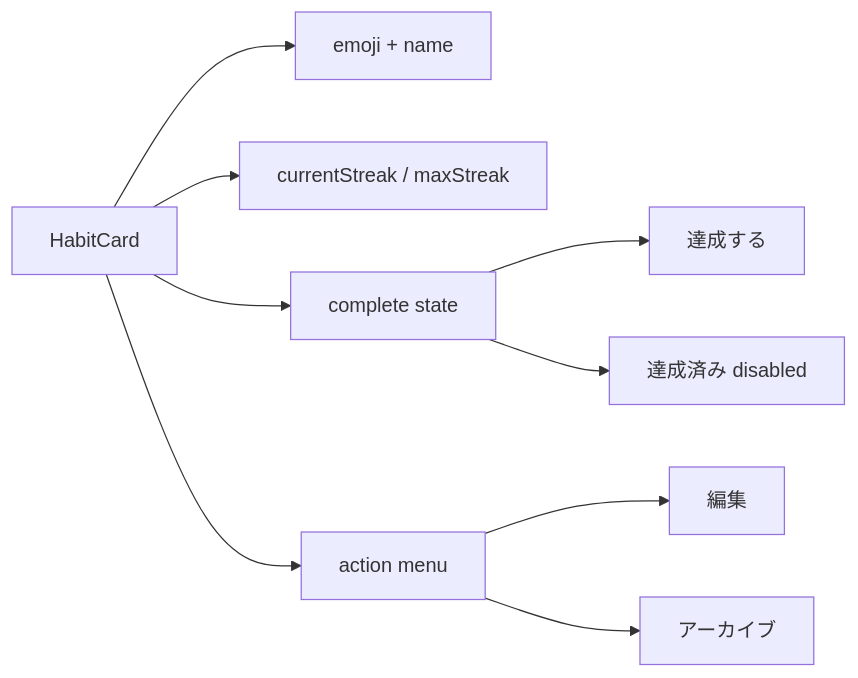
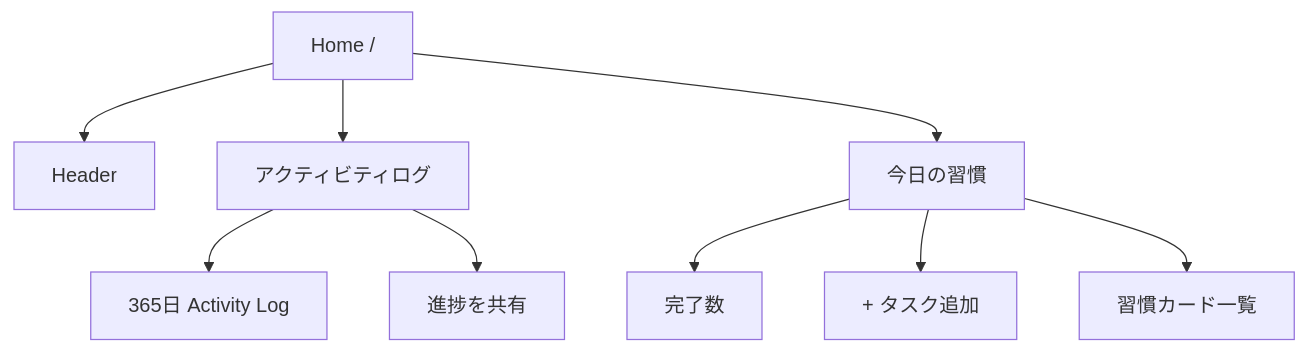
The diagram in docs/ui/home.md (devegoma/dailygreen), drawn with Mermaid before and after one commit. The commit also changed other lines of this file, not shown here.

````diff
--- a/docs/ui/home.md
+++ b/docs/ui/home.md
@@ -275,13 +13,11 @@
 ```mermaid
-flowchart LR
-  HabitCard["HabitCard"] --> Identity["emoji + name"]
-  HabitCard --> Stats["currentStreak / maxStreak"]
-  HabitCard --> CompleteState["complete state"]
-  HabitCard --> Menu["action menu"]
-
-  CompleteState --> CompleteButton["達成する"]
-  CompleteState --> CompletedButton["達成済み disabled"]
-
-  Menu --> EditAction["編集"]
-  Menu --> ArchiveAction["アーカイブ"]
+flowchart TB
+  Home["Home /"] --> Header["Header"]
+  Home --> ActivitySection["アクティビティログ"]
+  ActivitySection --> ActivityLog["365日 Activity Log"]
+  ActivitySection --> ShareButton["進捗を共有"]
+  Home --> TodaySection["今日の習慣"]
+  TodaySection --> Summary["完了数"]
+  TodaySection --> AddHabit["+ タスク追加"]
+  TodaySection --> HabitList["習慣カード一覧"]
 ```
````
